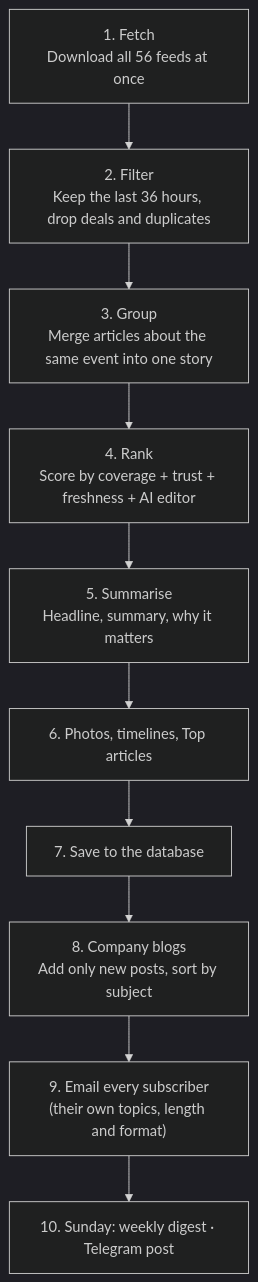
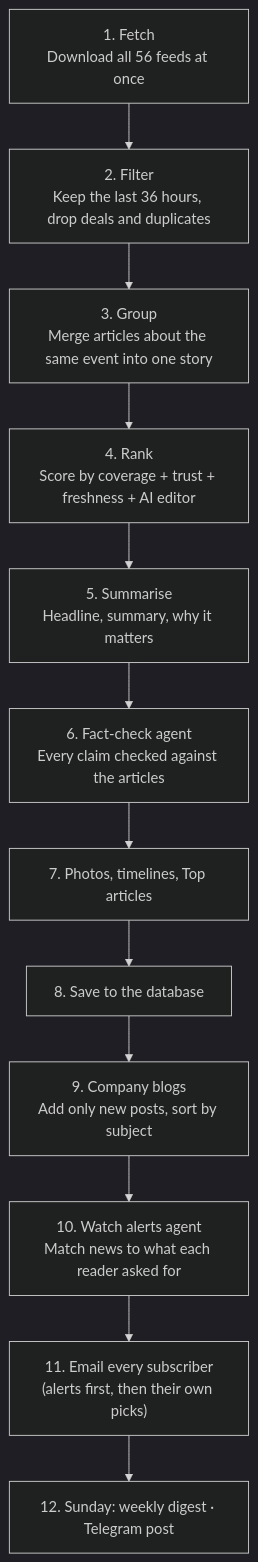
Before and after one commit to YashRajSingh1001/readkernel: the second of 2 diagrams in docs/OVERVIEW.md, drawn with Mermaid (dark theme). The commit also changed other lines of this file and 36 other files, not shown here.

Commit message:
Agents: hosted MCP server, Chrome extension, fact-check, Ask ReadKernel, watch alerts

````diff
--- a/docs/OVERVIEW.md
+++ b/docs/OVERVIEW.md
@@ -61,12 +67,14 @@
 ```mermaid
 flowchart TD
     A["1. Fetch<br/>Download all 56 feeds at once"] --> B["2. Filter<br/>Keep the last 36 hours, drop deals and duplicates"]
     B --> C["3. Group<br/>Merge articles about the same event into one story"]
     C --> D["4. Rank<br/>Score by coverage + trust + freshness + AI editor"]
     D --> E["5. Summarise<br/>Headline, summary, why it matters"]
-    E --> F["6. Photos, timelines, Top articles"]
-    F --> G["7. Save to the database"]
-    G --> H["8. Company blogs<br/>Add only new posts, sort by subject"]
-    H --> I["9. Email every subscriber<br/>(their own topics, length and format)"]
-    I --> J["10. Sunday: weekly digest · Telegram post"]
+    E --> E2["6. Fact-check agent<br/>Every claim checked against the articles"]
+    E2 --> F["7. Photos, timelines, Top articles"]
+    F --> G["8. Save to the database"]
+    G --> H["9. Company blogs<br/>Add only new posts, sort by subject"]
+    H --> H2["10. Watch alerts agent<br/>Match news to what each reader asked for"]
+    H2 --> I["11. Email every subscriber<br/>(alerts first, then their own picks)"]
+    I --> J["12. Sunday: weekly digest · Telegram post"]
 ```
````
